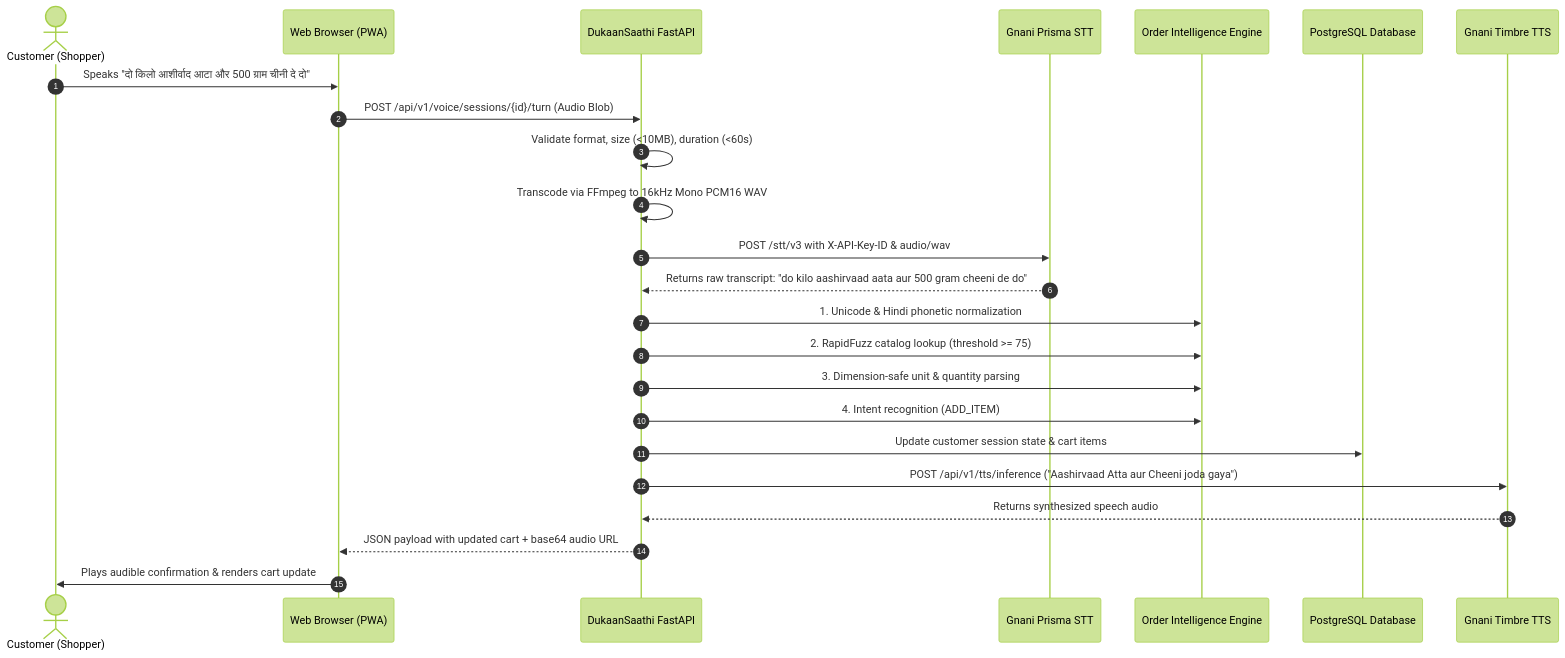
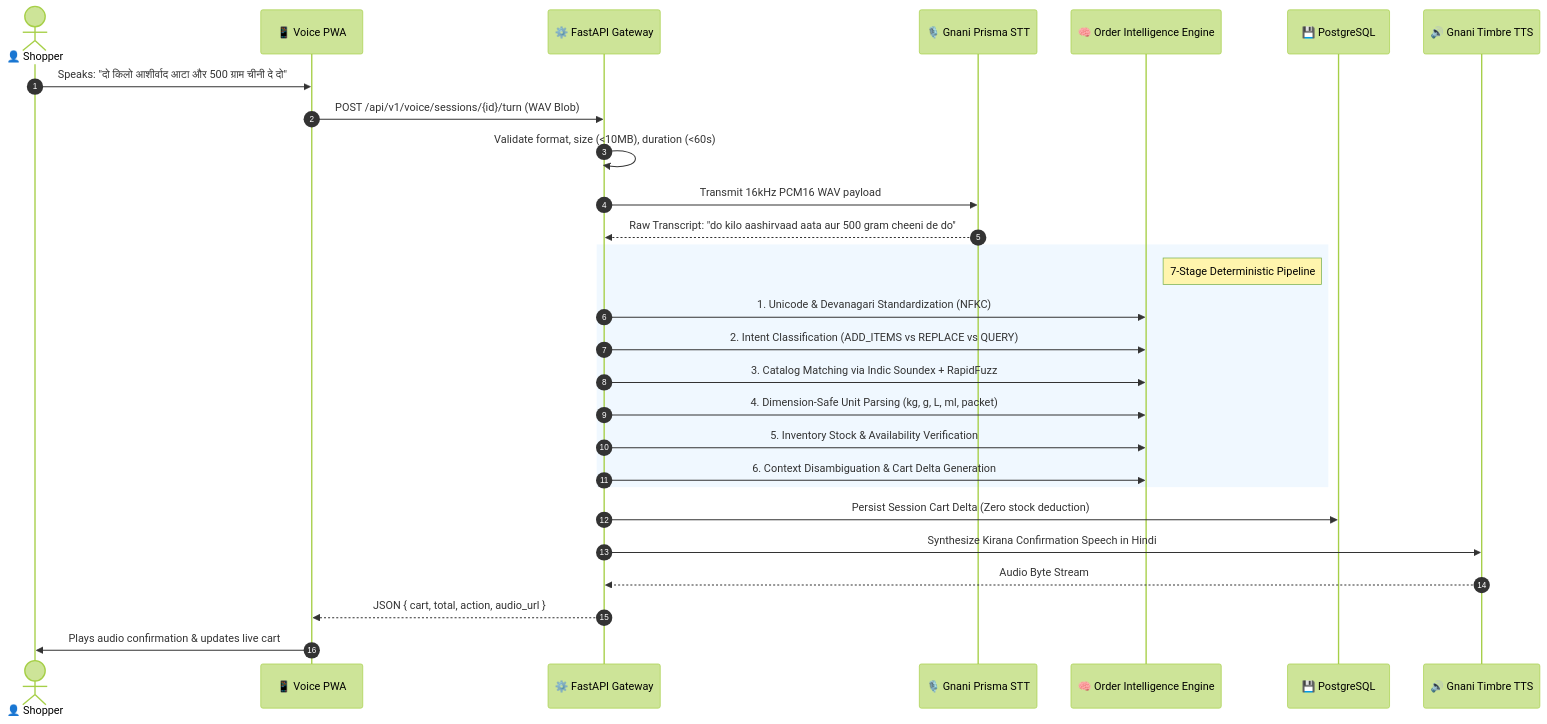
Before and after one commit to gautamhardik/gnani: the second of 2 diagrams in README.md, drawn with Mermaid (forest theme). The commit also changed other lines of this file and 58 other files, not shown here.

Commit message:
feat: DukaanSaathi master release — sub-second voice commerce platform with master solution pitch README

````diff
--- a/README.md
+++ b/README.md
@@ -68,27 +123,33 @@
 ```mermaid
 sequenceDiagram
     autonumber
-    actor Customer as Customer (Shopper)
-    participant Browser as Web Browser (PWA)
-    participant Backend as DukaanSaathi FastAPI
-    participant STT as Gnani Prisma STT
-    participant Matcher as Order Intelligence Engine
-    participant DB as PostgreSQL Database
-    participant TTS as Gnani Timbre TTS
+    actor Customer as 👤 Shopper
+    participant Browser as 📱 Voice PWA
+    participant Backend as ⚙️ FastAPI Gateway
+    participant STT as 🎙️ Gnani Prisma STT
+    participant Intel as 🧠 Order Intelligence Engine
+    participant DB as 💾 PostgreSQL
+    participant TTS as 🔊 Gnani Timbre TTS
 
-    Customer->>Browser: Speaks "दो किलो आशीर्वाद आटा और 500 ग्राम चीनी दे दो"
-    Browser->>Backend: POST /api/v1/voice/sessions/{id}/turn (Audio Blob)
+    Customer->>Browser: Speaks: "दो किलो आशीर्वाद आटा और 500 ग्राम चीनी दे दो"
+    Browser->>Backend: POST /api/v1/voice/sessions/{id}/turn (WAV Blob)
     Backend->>Backend: Validate format, size (<10MB), duration (<60s)
-    Backend->>Backend: Transcode via FFmpeg to 16kHz Mono PCM16 WAV
-    Backend->>STT: POST /stt/v3 with X-API-Key-ID & audio/wav
-    STT-->>Backend: Returns raw transcript: "do kilo aashirvaad aata aur 500 gram cheeni de do"
-    Backend->>Matcher: 1. Unicode & Hindi phonetic normalization
-    Backend->>Matcher: 2. RapidFuzz catalog lookup (threshold >= 75)
-    Backend->>Matcher: 3. Dimension-safe unit & quantity parsing
-    Backend->>Matcher: 4. Intent recognition (ADD_ITEM)
-    Backend->>DB: Update customer session state & cart items
-    Backend->>TTS: POST /api/v1/tts/inference ("Aashirvaad Atta aur Cheeni joda gaya")
-    TTS-->>Backend: Returns synthesized speech audio
-    Backend-->>Browser: JSON payload with updated cart + base64 audio URL
-    Browser->>Customer: Plays audible confirmation & renders cart update
+    Backend->>STT: Transmit 16kHz PCM16 WAV payload
+    STT-->>Backend: Raw Transcript: "do kilo aashirvaad aata aur 500 gram cheeni de do"
+    
+    rect rgb(240, 248, 255)
+    note right of Intel: 7-Stage Deterministic Pipeline
+    Backend->>Intel: 1. Unicode & Devanagari Standardization (NFKC)
+    Backend->>Intel: 2. Intent Classification (ADD_ITEMS vs REPLACE vs QUERY)
+    Backend->>Intel: 3. Catalog Matching via Indic Soundex + RapidFuzz
+    Backend->>Intel: 4. Dimension-Safe Unit Parsing (kg, g, L, ml, packet)
+    Backend->>Intel: 5. Inventory Stock & Availability Verification
+    Backend->>Intel: 6. Context Disambiguation & Cart Delta Generation
+    end
+
+    Backend->>DB: Persist Session Cart Delta (Zero stock deduction)
+    Backend->>TTS: Synthesize Kirana Confirmation Speech in Hindi
+    TTS-->>Backend: Audio Byte Stream
+    Backend-->>Browser: JSON { cart, total, action, audio_url }
+    Browser->>Customer: Plays audio confirmation & updates live cart
 ```
````
